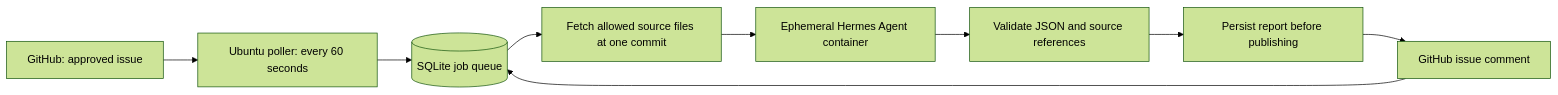
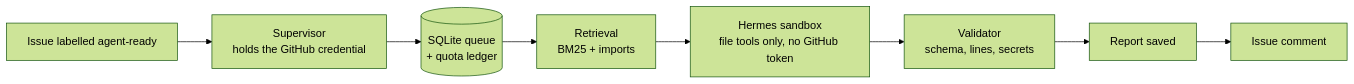
Before and after one commit to HarshTikone/issuepilot: the diagram in README.md, drawn with Mermaid (forest theme). The commit also changed other lines of this file and 14 other files, not shown here.

````diff
--- a/README.md
+++ b/README.md
@@ -40,11 +9,10 @@
 ```mermaid
 flowchart LR
-    A[GitHub: approved issue] --> B[Ubuntu poller: every 60 seconds]
-    B --> C[(SQLite job queue)]
-    C --> D[Fetch allowed source files at one commit]
-    D --> E[Ephemeral Hermes Agent container]
-    E --> F[Validate JSON and source references]
-    F --> G[Persist report before publishing]
-    G --> H[GitHub issue comment]
-    H --> C
+    A[Issue labelled agent-ready] --> B[Supervisor<br/>holds the GitHub credential]
+    B --> C[(SQLite queue<br/>+ quota ledger)]
+    C --> D[Retrieval<br/>BM25 + imports]
+    D --> E[Hermes sandbox<br/>file tools only, no GitHub token]
+    E --> F[Validator<br/>schema, lines, secrets]
+    F --> G[Report saved]
+    G --> H[Issue comment]
 ```
````
